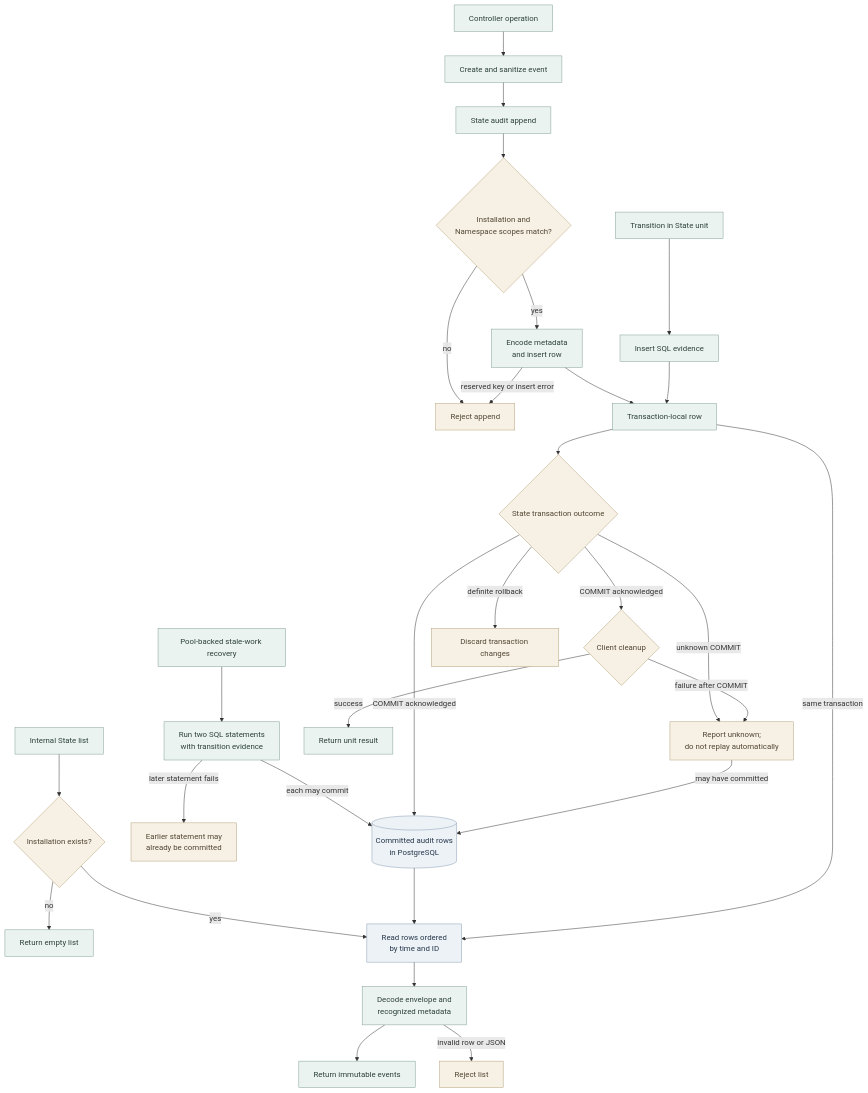
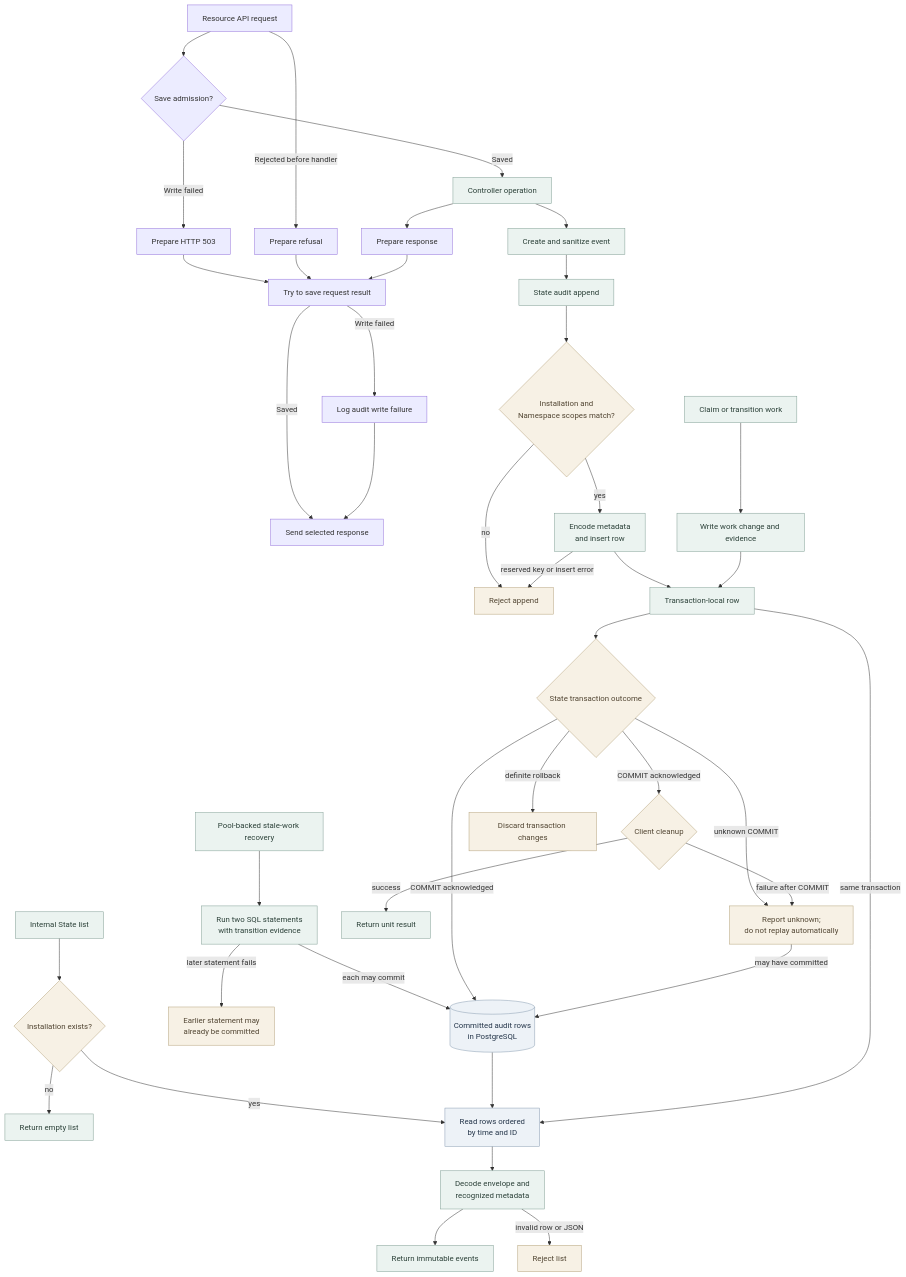
Before and after one commit to openclaw/openclaw-enterprise: the diagram in docs/flows/audit-ledger.md, drawn with Mermaid. The commit also changed other lines of this file and 67 other files, not shown here.

````diff
--- a/docs/flows/audit-ledger.md
+++ b/docs/flows/audit-ledger.md
@@ -32,38 +31,49 @@
 ```mermaid
 graph TD
+  HTTP["Resource API request"] --> Admission{"Save admission?"}
+  Admission -->|Saved| Request
+  Admission -->|Write failed| Refused["Prepare HTTP 503"]
+  HTTP -->|Rejected before handler| RefusedEarly["Prepare refusal"]
+  Request --> HTTPResult["Prepare response"]
+  Refused --> ResultEvent["Try to save request result"]
+  RefusedEarly --> ResultEvent
+  HTTPResult --> ResultEvent
+  ResultEvent -->|Saved| Send["Send selected response"]
+  ResultEvent -->|Write failed| Diagnostic["Log audit write failure"]
+  Diagnostic --> Send
   Request["Controller operation"] --> Factory["Create and sanitize event"]
   Factory --> Append["State audit append"]
   Append --> Scope{"Installation and<br/>Namespace scopes match?"}
   Scope -->|yes| Encode["Encode metadata<br/>and insert row"]
   Scope -->|no| Reject["Reject append"]
   Encode --> Pending["Transaction-local row"]
   Encode -->|reserved key or insert error| Reject
-  Queue["Transition in State unit"] --> QueueSQL["Insert SQL evidence"]
+  Queue["Claim or transition work"] --> QueueSQL["Write work change and evidence"]
   QueueSQL --> Pending
   DirectQueue["Pool-backed stale-work recovery"] --> DirectSQL["Run two SQL statements<br/>with transition evidence"]
   DirectSQL -->|each may commit| Ledger
   DirectSQL -->|later statement fails| Partial["Earlier statement may<br/>already be committed"]
   Pending --> Commit{"State transaction outcome"}
   Commit -->|COMMIT acknowledged| Ledger[("Committed audit rows<br/>in PostgreSQL")]
   Commit -->|COMMIT acknowledged| Cleanup{"Client cleanup"}
   Commit -->|definite rollback| RolledBack["Discard transaction changes"]
   Commit -->|unknown COMMIT| Unknown["Report unknown;<br/>do not replay automatically"]
   Unknown -->|may have committed| Ledger
   Cleanup -->|success| Returned["Return unit result"]
   Cleanup -->|failure after COMMIT| Unknown
   Reader["Internal State list"] --> Installation{"Installation exists?"}
   Installation -->|no| Empty["Return empty list"]
   Installation -->|yes| Rows["Read rows ordered<br/>by time and ID"]
   Ledger --> Rows
   Pending -->|same transaction| Rows
   Rows --> Decode["Decode envelope and<br/>recognized metadata"]
   Decode --> Result["Return immutable events"]
   Decode -->|invalid row or JSON| Error["Reject list"]
 
   classDef storage fill:#EDF2F7,stroke:#879AB0,color:#25364A,stroke-width:1px
   classDef operation fill:#EBF3F0,stroke:#7F9D93,color:#2B4038,stroke-width:1px
   classDef gate fill:#F7F1E5,stroke:#B3A078,color:#514532,stroke-width:1px
   class Ledger,Rows storage
   class Request,Factory,Append,Encode,Queue,QueueSQL,DirectQueue,DirectSQL,Pending,Reader,Decode,Result,Empty,Returned operation
   class Scope,Reject,Commit,RolledBack,Unknown,Cleanup,Installation,Error,Partial gate
 ```
````
